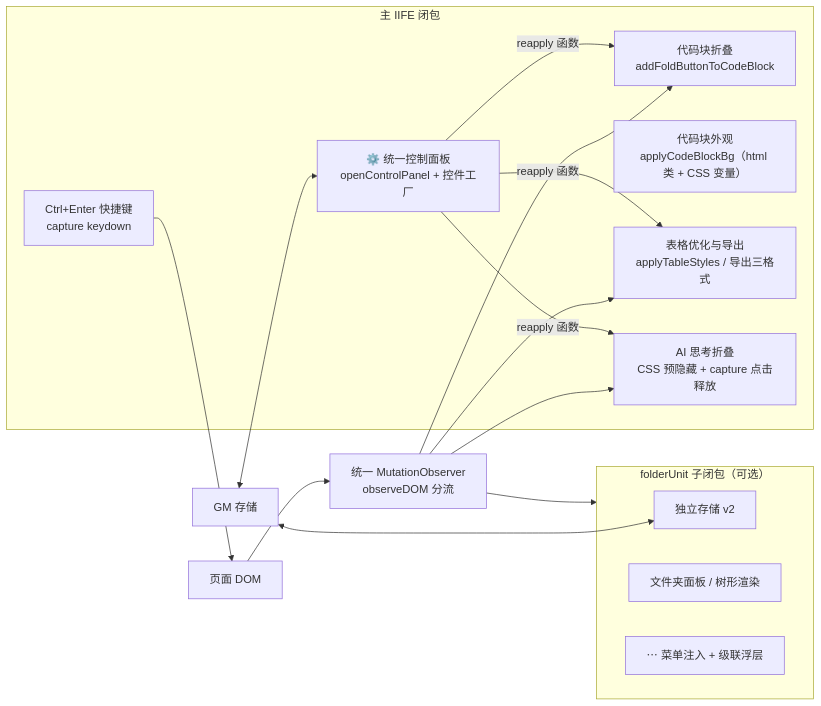
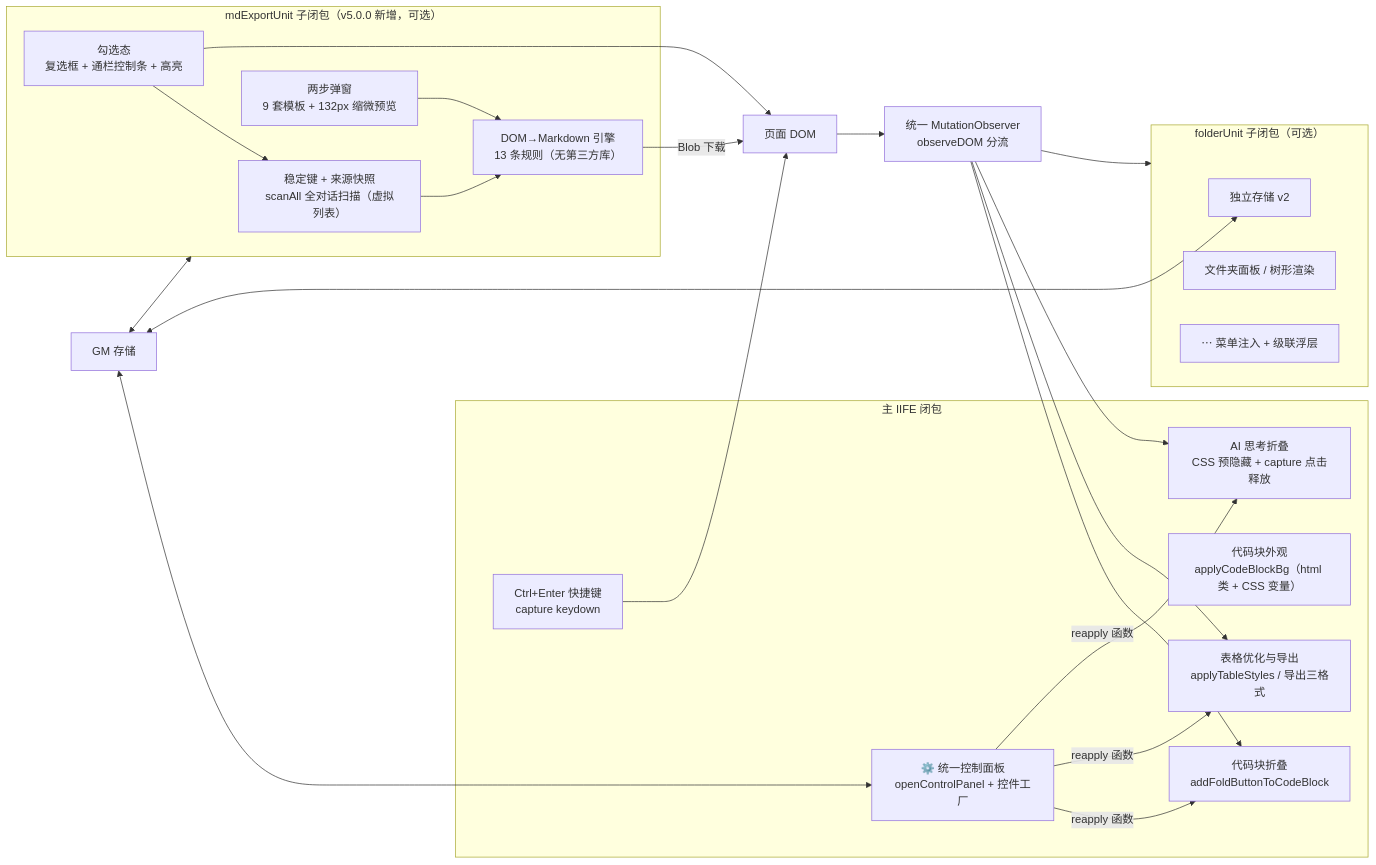
Before and after one commit to Chuc-Jie/deepseektool: the first of 3 diagrams in MAP.md, drawn with Mermaid. The commit also changed other lines of this file and 5 other files, not shown here.

````diff
--- a/MAP.md
+++ b/MAP.md
@@ -42,25 +45,36 @@
 ```mermaid
 flowchart LR
     subgraph Main["主 IIFE 闭包"]
         Panel["⚙️ 统一控制面板<br/>openControlPanel + 控件工厂"]
         Fold["代码块折叠<br/>addFoldButtonToCodeBlock"]
         CodeBg["代码块外观<br/>applyCodeBlockBg（html 类 + CSS 变量）"]
         Table["表格优化与导出<br/>applyTableStyles / 导出三格式"]
         Think["AI 思考折叠<br/>CSS 预隐藏 + capture 点击释放"]
         Keys["Ctrl+Enter 快捷键<br/>capture keydown"]
     end
     subgraph Folder["folderUnit 子闭包（可选）"]
         FData["独立存储 v2"]
         FPanel["文件夹面板 / 树形渲染"]
         FMenu["⋯ 菜单注入 + 级联浮层"]
     end
+    subgraph MdExport["mdExportUnit 子闭包（v5.0.0 新增，可选）"]
+        MScan["稳定键 + 来源快照<br/>scanAll 全对话扫描（虚拟列表）"]
+        MDialog["两步弹窗<br/>9 套模板 + 132px 缩微预览"]
+        MConv["DOM→Markdown 引擎<br/>13 条规则（无第三方库）"]
+        MFlow["勾选态<br/>复选框 + 通栏控制条 + 高亮"]
+    end
     DOM["页面 DOM"] --> Observer["统一 MutationObserver<br/>observeDOM 分流"]
     Observer --> Fold
     Observer --> Table
     Observer --> Think
     Observer --> Folder
     GM["GM 存储"] <--> Panel
     GM <--> FData
+    GM <--> MdExport
     Panel -->|"reapply 函数"| Fold & Table & Think
     Keys --> DOM
+    MFlow --> MScan --> MConv
+    MDialog --> MConv
+    MFlow --> DOM
+    MConv -->|"Blob 下载"| DOM
 ```
````
